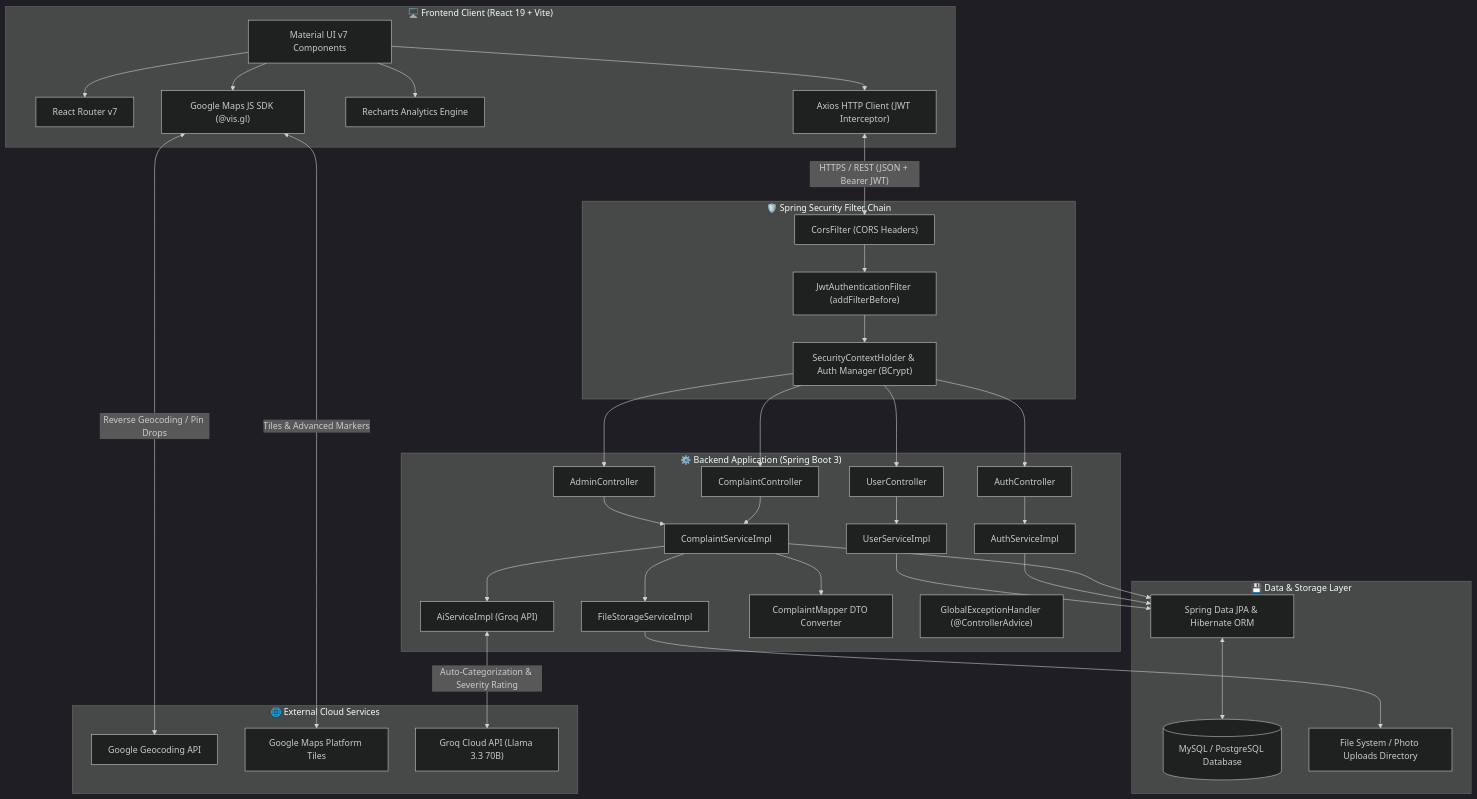
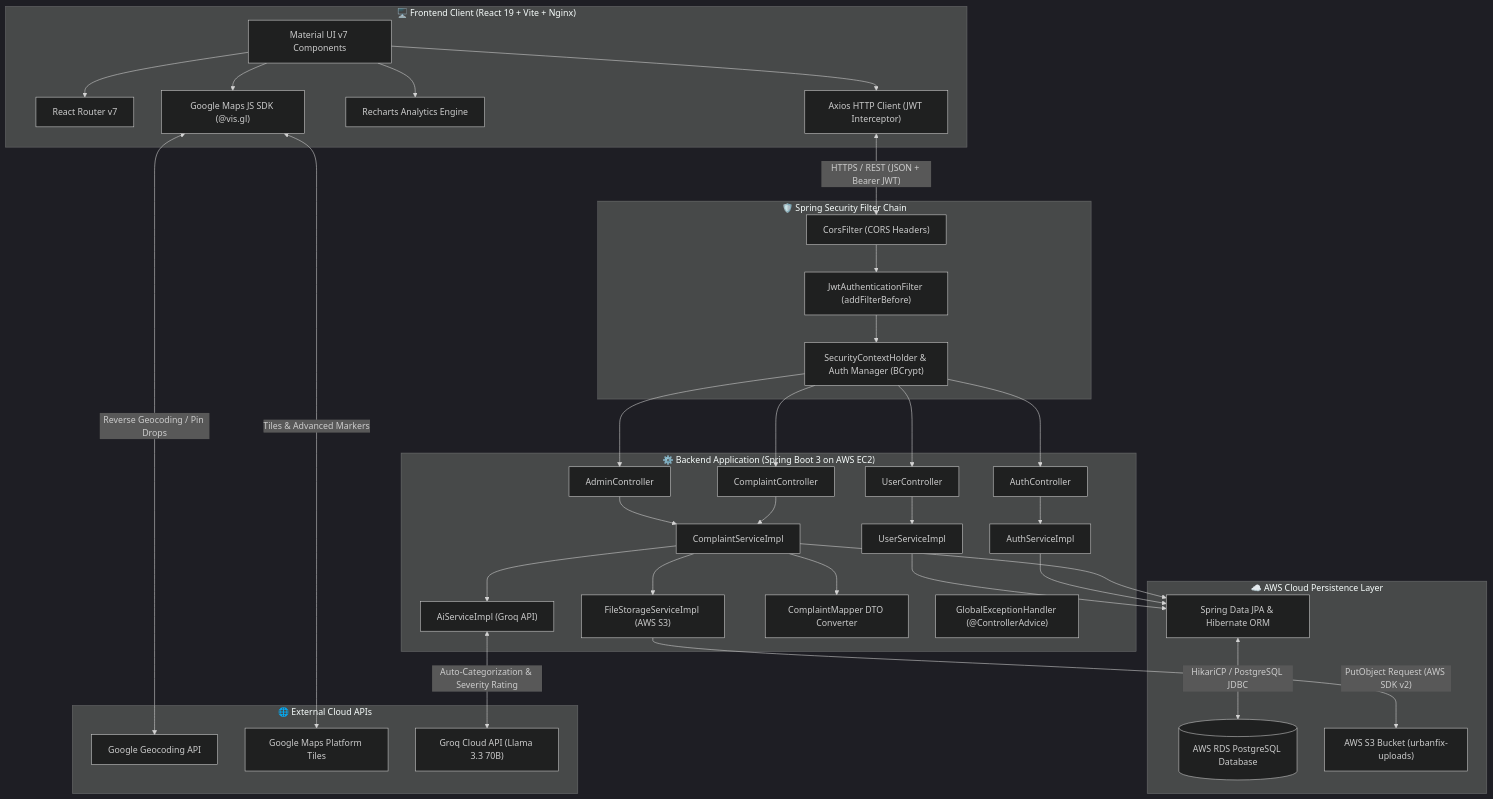
One commit to SHIBAM-GHOSH/UrbanFix changed the first of 4 diagrams in README.md. Above: the diagram before and after it, drawn with Mermaid (dark theme). The commit also changed other lines of this file and 2 other files, not shown here.

````diff
--- a/README.md
+++ b/README.md
@@ -38,6 +47,6 @@
 ```mermaid
 flowchart TD
-    subgraph ClientTier ["🖥️ Frontend Client (React 19 + Vite)"]
+    subgraph ClientTier ["🖥️ Frontend Client (React 19 + Vite + Nginx)"]
         UI["Material UI v7 Components"]
         Router["React Router v7"]
         MapsSDK["Google Maps JS SDK (@vis.gl)"]
@@ -45,7 +54,7 @@
         AxiosClient["Axios HTTP Client (JWT Interceptor)"]
     end
 
-    subgraph ExternalServices ["🌐 External Cloud Services"]
+    subgraph ExternalServices ["🌐 External Cloud APIs"]
         GoogleGeocoding["Google Geocoding API"]
         GoogleMapsTile["Google Maps Platform Tiles"]
         GroqAI["Groq Cloud API (Llama 3.3 70B)"]
@@ -57,7 +66,7 @@
         SpringSec["SecurityContextHolder & Auth Manager (BCrypt)"]
     end
 
-    subgraph ApplicationTier ["⚙️ Backend Application (Spring Boot 3)"]
+    subgraph ApplicationTier ["⚙️ Backend Application (Spring Boot 3 on AWS EC2)"]
         AuthController["AuthController"]
         ComplaintController["ComplaintController"]
         AdminController["AdminController"]
@@ -65,7 +74,7 @@
         
         AuthService["AuthServiceImpl"]
         ComplaintService["ComplaintServiceImpl"]
-        FileService["FileStorageServiceImpl"]
+        FileService["FileStorageServiceImpl (AWS S3)"]
         AiService["AiServiceImpl (Groq API)"]
         UserService["UserServiceImpl"]
         
@@ -73,10 +82,10 @@
         GlobalException["GlobalExceptionHandler (@ControllerAdvice)"]
     end
 
-    subgraph PersistenceTier ["💾 Data & Storage Layer"]
+    subgraph CloudPersistence ["☁️ AWS Cloud Persistence Layer"]
         JPA["Spring Data JPA & Hibernate ORM"]
-        Database[("MySQL / PostgreSQL Database")]
-        LocalStorage["File System / Photo Uploads Directory"]
+        Database[("AWS RDS PostgreSQL Database")]
+        S3Storage["AWS S3 Bucket (urbanfix-uploads)"]
     end
 
     %% Client Interactions
@@ -111,11 +120,11 @@
     ComplaintService --> Mapper
     ComplaintService --> FileService
     ComplaintService --> AiService
-    FileService --> LocalStorage
+    FileService -->|"PutObject Request (AWS SDK v2)"| S3Storage
     ComplaintService --> JPA
     AuthService --> JPA
     UserService --> JPA
 
     %% Persistence to DB
-    JPA <--> Database
+    JPA <-->|"HikariCP / PostgreSQL JDBC"| Database
 ```
````
